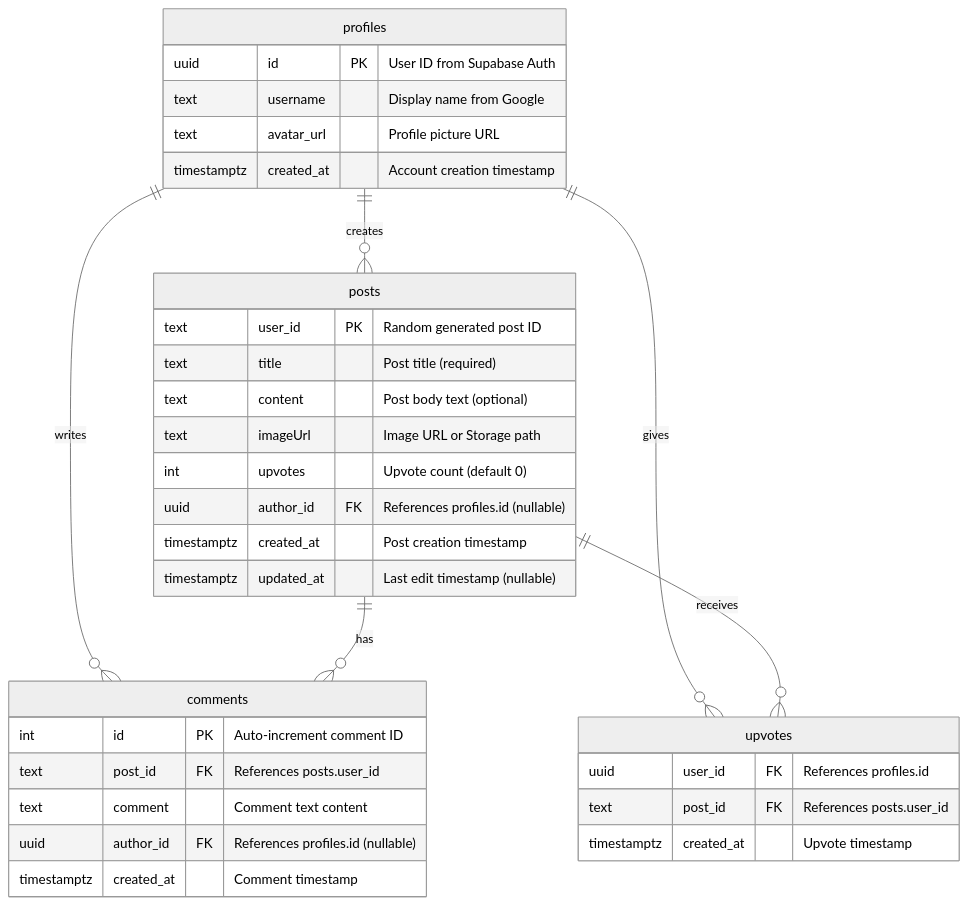
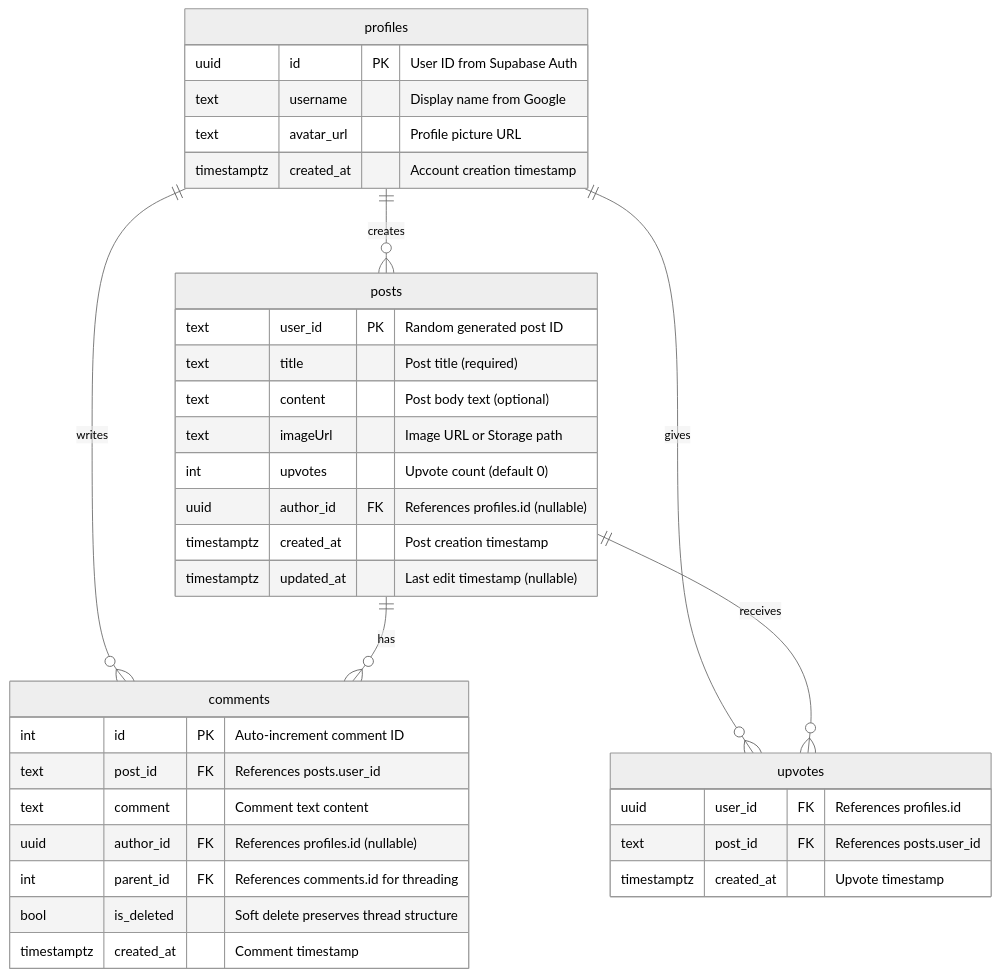
The fourth of 6 diagrams in README.md (hoangngo-sudo/purpleit), drawn with Mermaid (neutral theme) before and after one commit. The commit also changed other lines of this file, not shown here.

````diff
--- a/README.md
+++ b/README.md
@@ -193,36 +195,38 @@
 ```mermaid
 erDiagram
     profiles ||--o{ posts : "creates"
     profiles ||--o{ comments : "writes"
     profiles ||--o{ upvotes : "gives"
     posts ||--o{ comments : "has"
     posts ||--o{ upvotes : "receives"
     profiles {
         uuid id PK "User ID from Supabase Auth"
         text username "Display name from Google"
         text avatar_url "Profile picture URL"
         timestamptz created_at "Account creation timestamp"
     }
     posts {
         text user_id PK "Random generated post ID"
         text title "Post title (required)"
         text content "Post body text (optional)"
         text imageUrl "Image URL or Storage path"
         int upvotes "Upvote count (default 0)"
         uuid author_id FK "References profiles.id (nullable)"
         timestamptz created_at "Post creation timestamp"
         timestamptz updated_at "Last edit timestamp (nullable)"
     }
     comments {
         int id PK "Auto-increment comment ID"
         text post_id FK "References posts.user_id"
         text comment "Comment text content"
         uuid author_id FK "References profiles.id (nullable)"
+        int parent_id FK "References comments.id for threading"
+        bool is_deleted "Soft delete preserves thread structure"
         timestamptz created_at "Comment timestamp"
     }
     upvotes {
         uuid user_id FK "References profiles.id"
         text post_id FK "References posts.user_id"
         timestamptz created_at "Upvote timestamp"
     }
 ```
````
